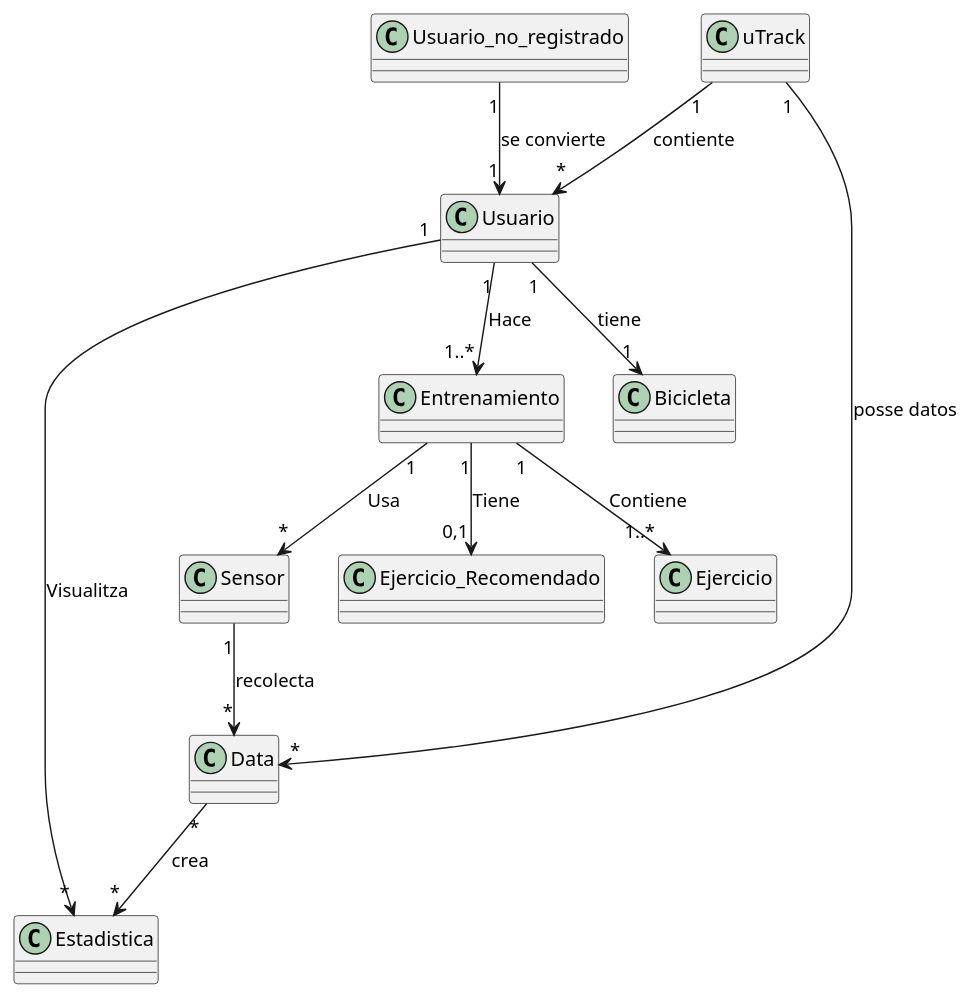
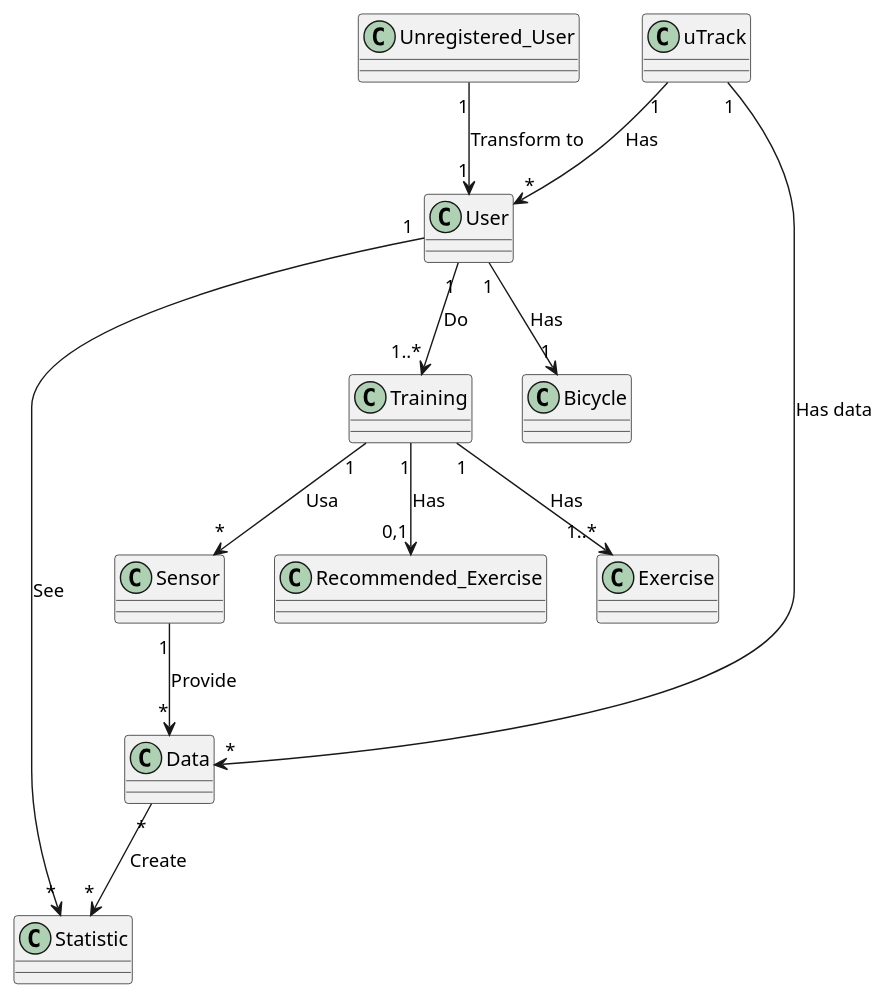
The diagram in Domain_uTrack.puml (DanielYesteLopez/uTrack), drawn with PlantUML before and after one commit.

Commit message:
B001#2 English

```diff
--- a/Domain_uTrack.puml
+++ b/Domain_uTrack.puml
@@ -1,36 +1,36 @@
 @startuml
 
 class Data {
 }
-class Estadistica {
+class Statistic {
 }
 class Sensor {
 }
-class Entrenamiento {
+class Training {
 }
-class Ejercicio_Recomendado {
+class Recommended_Exercise {
 }
-class Usuario_no_registrado {
+class Unregistered_User {
 }
 class uTrack {
 }
-class Usuario {
+class User {
 }
-class Bicicleta {
+class Bicycle {
 }
-class Ejercicio {
+class Exercise {
 }
 
-uTrack "1" --> "*" Data : "posse datos"
-uTrack "1" --> "*" Usuario : "contiente"
-Data "*" --> "*" Estadistica : "crea"
-Usuario "1" --> "*" Estadistica : "Visualitza"
-Usuario_no_registrado "1" --> "1" Usuario : "se convierte"
-Usuario "1" --> "1" Bicicleta : "tiene"
-Usuario "1" --> "1..*" Entrenamiento : "Hace"
-Entrenamiento "1" --> "1..*" Ejercicio : "Contiene"
-Entrenamiento "1" --> "0,1" Ejercicio_Recomendado : "Tiene"
-Entrenamiento "1" --> "*" Sensor : "Usa"
-Sensor "1" --> "*" Data : "recolecta"
+uTrack "1" --> "*" Data : "Has data"
+uTrack "1" --> "*" User : "Has"
+Data "*" --> "*" Statistic : "Create"
+User "1" --> "*" Statistic : "See"
+Unregistered_User "1" --> "1" User : "Transform to"
+User "1" --> "1" Bicycle : "Has"
+User "1" --> "1..*" Training : "Do"
+Training "1" --> "1..*" Exercise : "Has"
+Training "1" --> "0,1" Recommended_Exercise : "Has"
+Training "1" --> "*" Sensor : "Usa"
+Sensor "1" --> "*" Data : "Provide"
 
 @enduml
```
